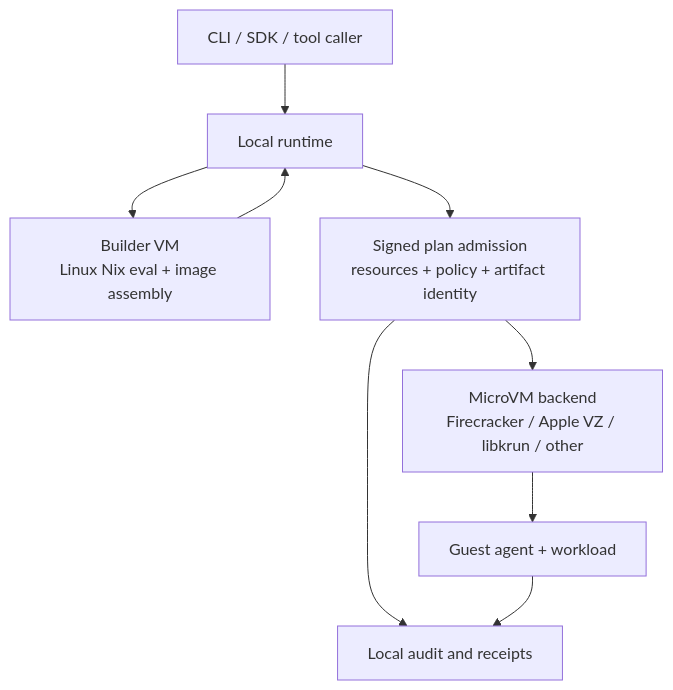
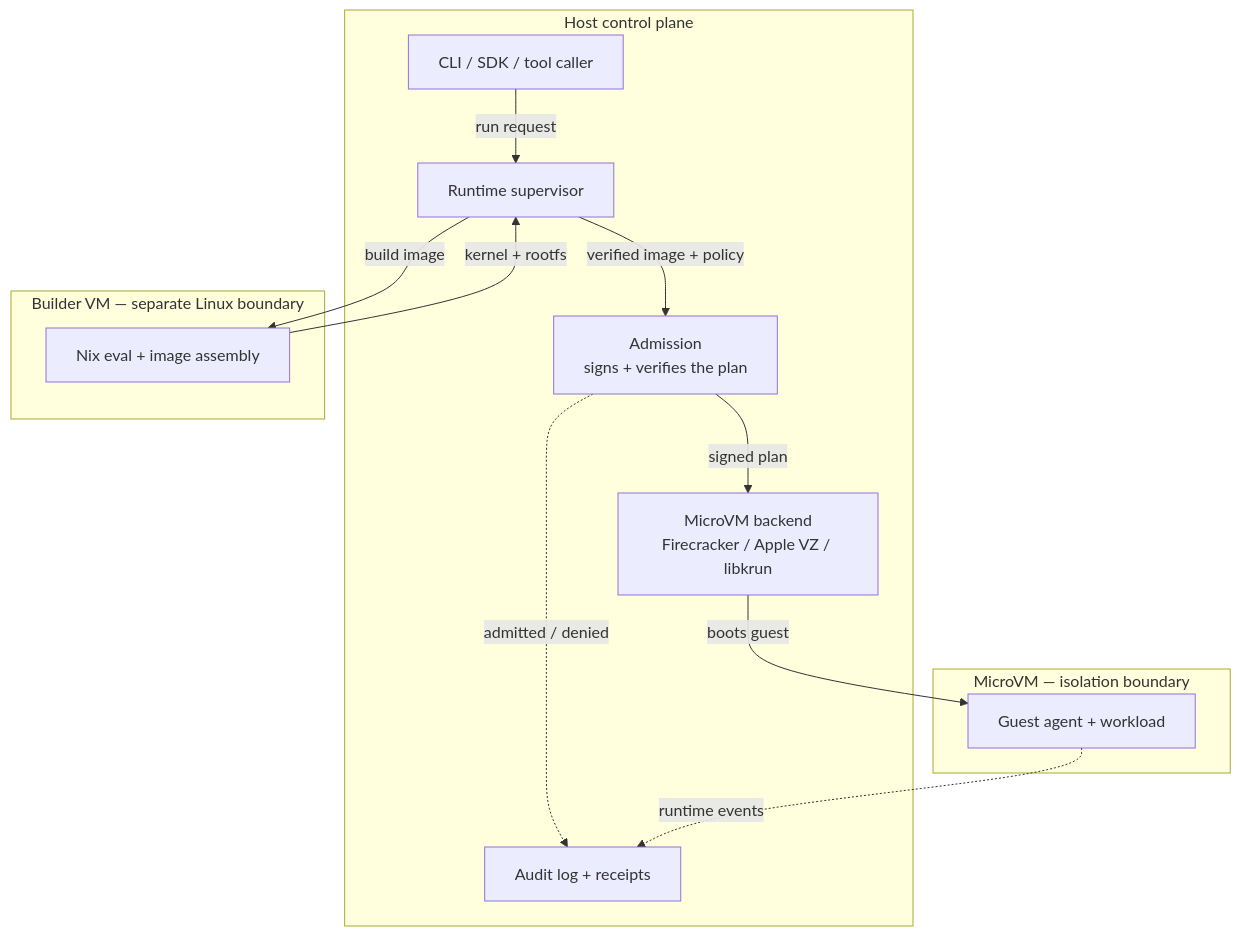
Before and after one commit to tinylabscom/mvm: the third of 3 diagrams in public/src/content/blog/secure-by-design-microvms-and-nix.md, drawn with Mermaid. The commit also changed other lines of this file and 1 other file, not shown here.

````diff
--- a/public/src/content/blog/secure-by-design-microvms-and-nix.md
+++ b/public/src/content/blog/secure-by-design-microvms-and-nix.md
@@ -118,19 +100,27 @@
 ```mermaid
 flowchart TB
-  User["CLI / SDK / tool caller"]
-  Runtime["Local runtime"]
-  Builder["Builder VM\nLinux Nix eval + image assembly"]
-  Admission["Signed plan admission\nresources + policy + artifact identity"]
-  Backend["MicroVM backend\nFirecracker / Apple VZ / libkrun / other"]
-  Guest["Guest agent + workload"]
-  Evidence["Local audit and receipts"]
+  subgraph host["Host control plane"]
+    User["CLI / SDK / tool caller"]
+    Runtime["Runtime supervisor"]
+    Admission["Admission<br/>signs + verifies the plan"]
+    Backend["MicroVM backend<br/>Firecracker / Apple VZ / libkrun"]
+    Audit["Audit log + receipts"]
+  end
 
-  User --> Runtime
-  Runtime --> Builder
-  Builder --> Runtime
-  Runtime --> Admission
-  Admission --> Backend
-  Backend --> Guest
-  Admission --> Evidence
-  Guest --> Evidence
+  subgraph builder["Builder VM — separate Linux boundary"]
+    Build["Nix eval + image assembly"]
+  end
+
+  subgraph micro["MicroVM — isolation boundary"]
+    Guest["Guest agent + workload"]
+  end
+
+  User -->|"run request"| Runtime
+  Runtime -->|"build image"| Build
+  Build -->|"kernel + rootfs"| Runtime
+  Runtime -->|"verified image + policy"| Admission
+  Admission -->|"signed plan"| Backend
+  Backend -->|"boots guest"| Guest
+  Admission -.->|"admitted / denied"| Audit
+  Guest -.->|"runtime events"| Audit
 ```
````
